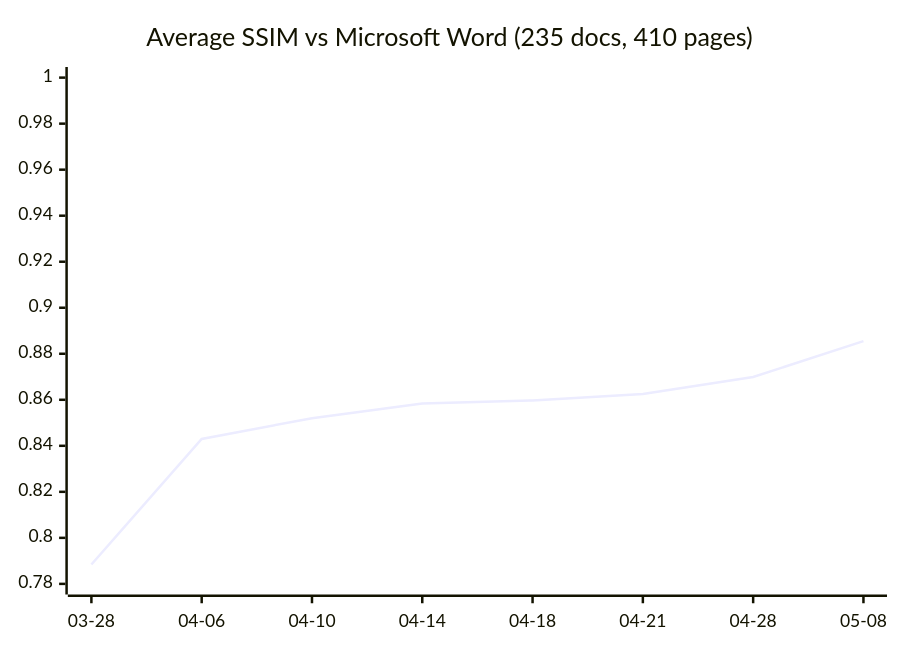
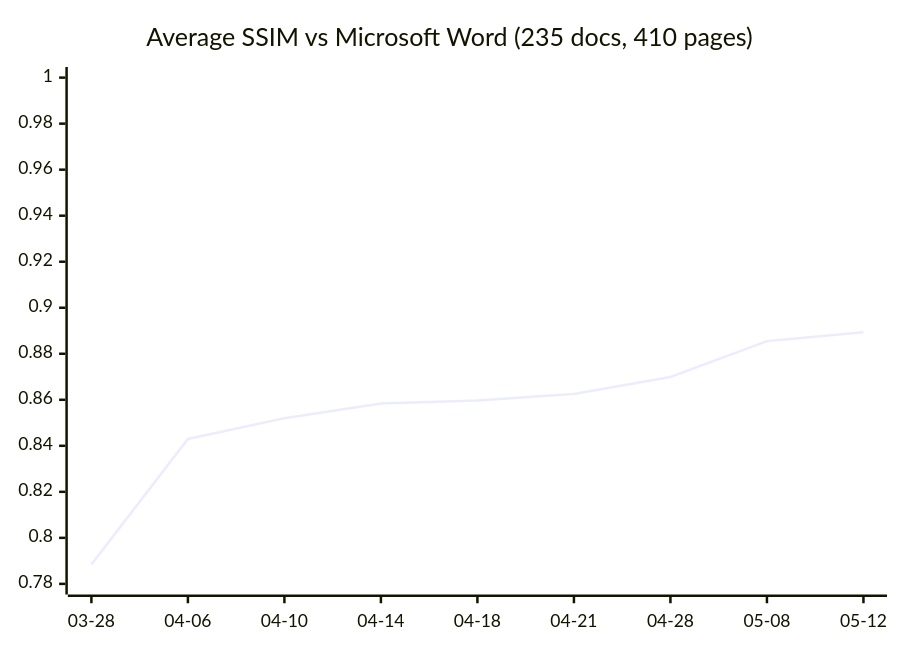
Before and after one commit to Ryujiyasu/oxi: the diagram in README.md, drawn with Mermaid. The commit also changed other lines of this file, not shown here.

Commit message:
docs(README): SSIM 0.8893 measured (235 docs / 410 pages, 2026-05-12)

````diff
--- a/README.md
+++ b/README.md
@@ -213,7 +213,7 @@
 ```mermaid
 xychart-beta
   title "Average SSIM vs Microsoft Word (235 docs, 410 pages)"
-  x-axis ["03-28", "04-06", "04-10", "04-14", "04-18", "04-21", "04-28", "05-08"]
+  x-axis ["03-28", "04-06", "04-10", "04-14", "04-18", "04-21", "04-28", "05-08", "05-12"]
   y-axis 0.78 --> 1.0
-  line [0.7884, 0.8430, 0.8520, 0.8584, 0.8597, 0.8625, 0.8699, 0.8855]
+  line [0.7884, 0.8430, 0.8520, 0.8584, 0.8597, 0.8625, 0.8699, 0.8855, 0.8893]
 ```
````
